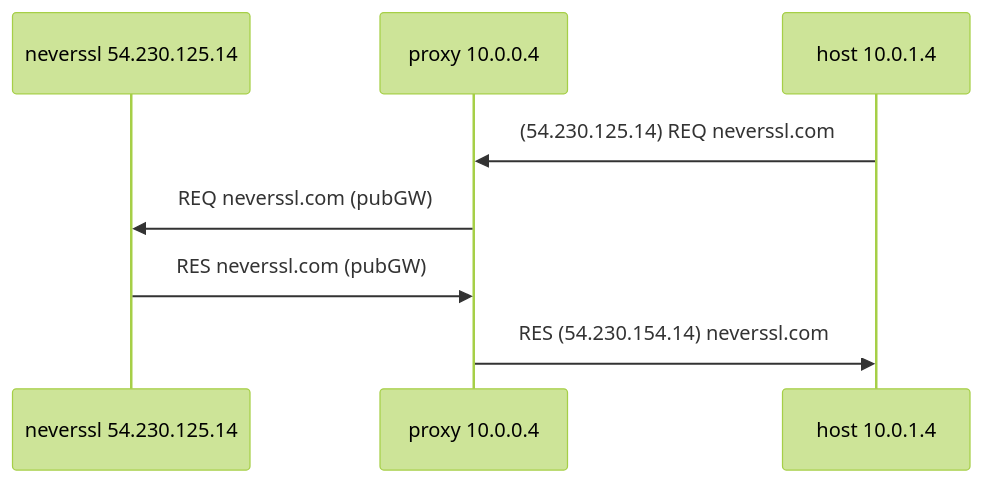
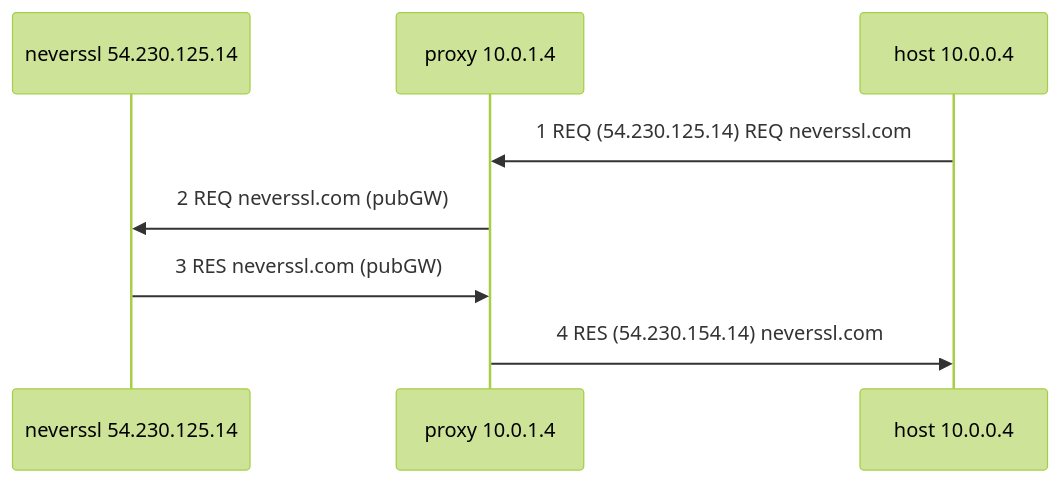
The diagram in flow.mmd (isabella232/vpc-nfv-squid), drawn with Mermaid (forest theme) before and after one commit. The commit also changed 7 other files, not shown here.

```diff
--- a/flow.mmd
+++ b/flow.mmd
@@ -1,8 +1,8 @@
 sequenceDiagram
     participant neverssl as neverssl 54.230.125.14
-    participant proxy as proxy 10.0.0.4
-    participant host as host 10.0.1.4
-    host->>proxy: (54.230.125.14) REQ neverssl.com
-    proxy->>neverssl: REQ neverssl.com (pubGW) 
-    neverssl->>proxy: RES neverssl.com (pubGW)
-    proxy->>host: RES (54.230.154.14) neverssl.com
+    participant proxy as proxy 10.0.1.4
+    participant host as host 10.0.0.4
+    host->>proxy: 1 REQ (54.230.125.14) REQ neverssl.com
+    proxy->>neverssl: 2 REQ neverssl.com (pubGW) 
+    neverssl->>proxy: 3 RES neverssl.com (pubGW)
+    proxy->>host: 4 RES (54.230.154.14) neverssl.com
```
